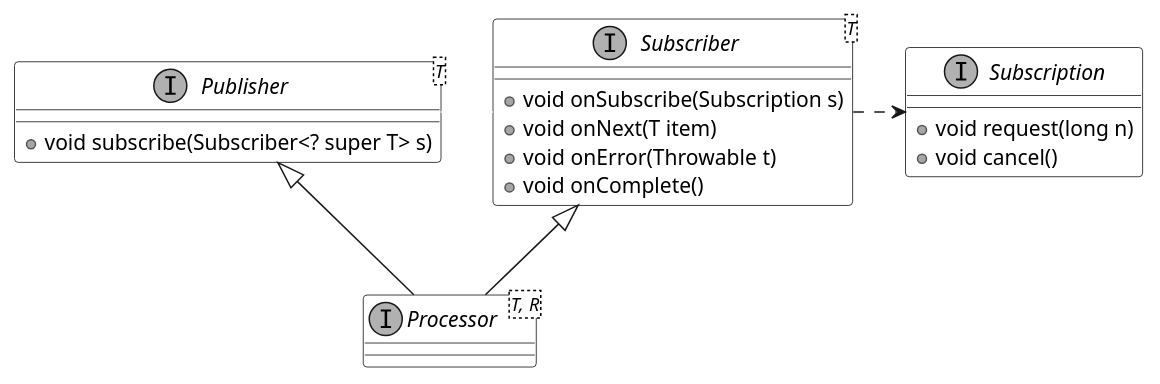
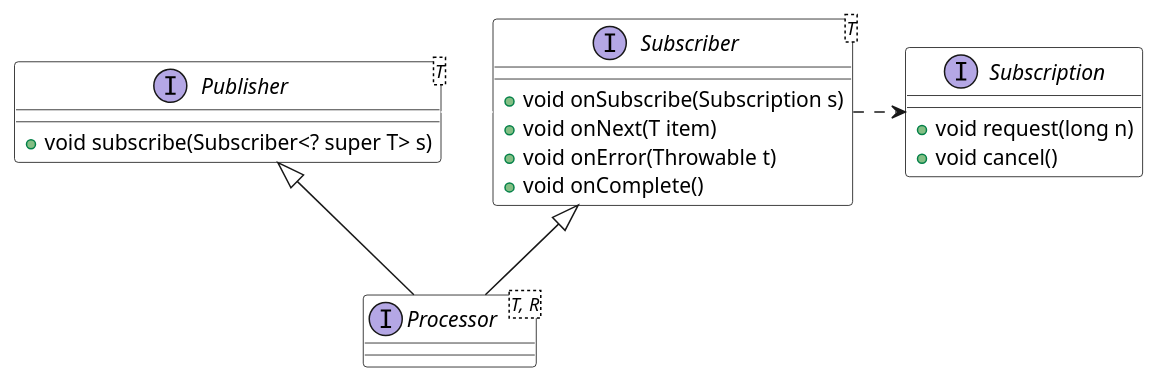
The diagram in images/Reactive_Streams_API.puml (ti-cortex-m4/demo-java-reactive-streams-old), drawn with PlantUML before and after one commit. The commit also changed 6 other files, not shown here.

```diff
--- a/images/Reactive_Streams_API.puml
+++ b/images/Reactive_Streams_API.puml
@@ -1,36 +1,36 @@
 @startuml
 
 scale 1.0
 set namespaceSeparator none
 
-skinparam monochrome true
+'skinparam monochrome true
 skinparam ClassBackgroundColor white
 skinparam ClassBorderColor black
 skinparam CircledCharacterFontStyle normal
 
 interface Publisher<T> {
 + void subscribe(Subscriber<? super T> s)
 }
 
 interface Subscriber<T> {
 + void onSubscribe(Subscription s)
 + void onNext(T item)
 + void onError(Throwable t)
 + void onComplete()
 }
 
 interface Subscription {
 + void request(long n)
 + void cancel()
 }
 
 interface Processor<T, R> {
 }
 
 Publisher <|-- Processor
 Subscriber <|-- Processor
 
 Publisher -[#white] Subscriber
 Subscriber .> Subscription
 
 @enduml
```
